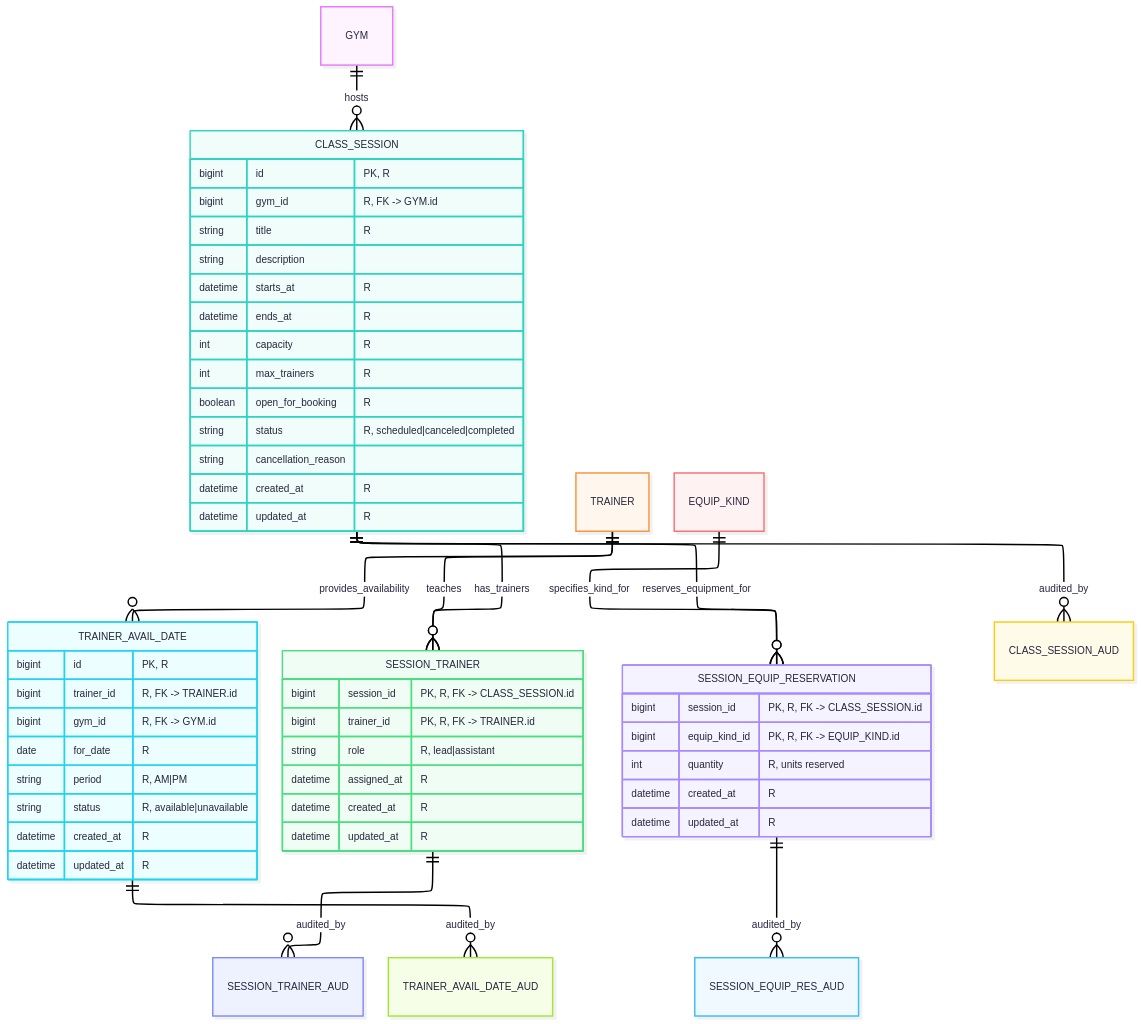
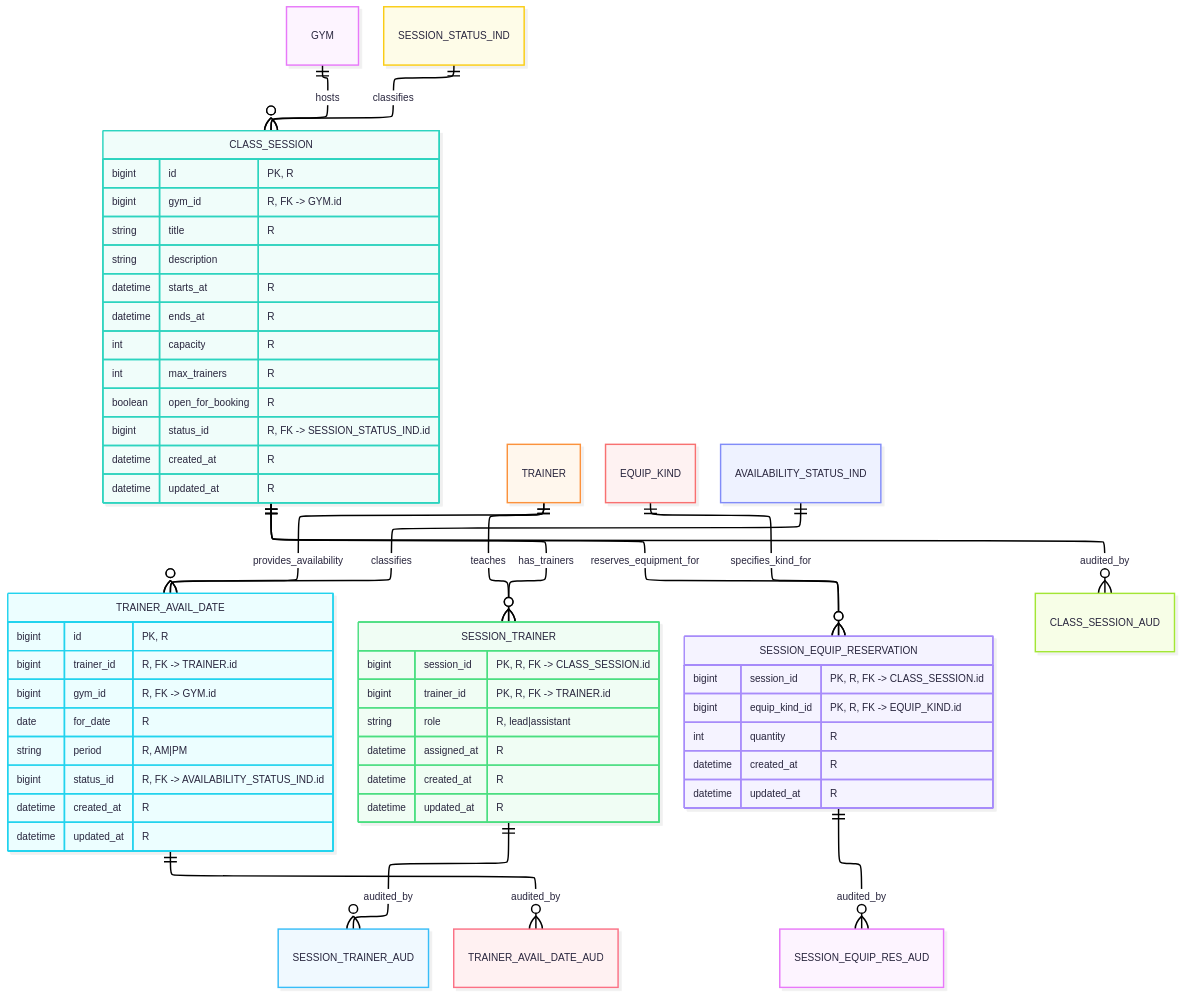
Before and after one commit to jic48-rutgers/FitDB: the fourth of 8 diagrams in docs/ERDs.md, drawn with Mermaid. The commit also changed other lines of this file, not shown here.

Commit message:
added triggers, and *_STATUS_IND tables, and indices (TODO: rework audit before/after_json in ERDs.md; outline RBAC, views, and stored procedures in TDD.md)

````diff
--- a/docs/ERDs.md
+++ b/docs/ERDs.md
@@ -351,67 +369,70 @@
 ```mermaid
 ---
 config:
   theme: redux-color
   look: neo
   layout: elk
   elk:
     mergeEdges: True
     nodePlacementStrategy: LINEAR_SEGMENTS
 ---
 erDiagram
     %% Relationships
     GYM ||--o{ CLASS_SESSION             : hosts
     TRAINER ||--o{ TRAINER_AVAIL_DATE    : provides_availability
     CLASS_SESSION ||--o{ SESSION_TRAINER : has_trainers
     TRAINER ||--o{ SESSION_TRAINER       : teaches
     CLASS_SESSION ||--o{ SESSION_EQUIP_RESERVATION : reserves_equipment_for
     EQUIP_KIND ||--o{ SESSION_EQUIP_RESERVATION    : specifies_kind_for
 
+    %% Status indicators (entity names only)
+    SESSION_STATUS_IND     ||--o{ CLASS_SESSION      : classifies
+    AVAILABILITY_STATUS_IND||--o{ TRAINER_AVAIL_DATE : classifies
+
     %% Audits
     CLASS_SESSION ||--o{ CLASS_SESSION_AUD : audited_by
     SESSION_TRAINER ||--o{ SESSION_TRAINER_AUD : audited_by
     TRAINER_AVAIL_DATE ||--o{ TRAINER_AVAIL_DATE_AUD : audited_by
     SESSION_EQUIP_RESERVATION ||--o{ SESSION_EQUIP_RES_AUD : audited_by
 
     %% Entities
     CLASS_SESSION {
         bigint id "PK, R"
         bigint gym_id "R, FK -> GYM.id"
         string title "R"
         string description ""
         datetime starts_at "R"
         datetime ends_at "R"
         int capacity "R"
         int max_trainers "R"
         boolean open_for_booking "R"
-        string status "R, scheduled|canceled|completed"
-        string cancellation_reason ""
+        bigint status_id "R, FK -> SESSION_STATUS_IND.id"
         datetime created_at "R"
         datetime updated_at "R"
     }
     TRAINER_AVAIL_DATE {
         bigint id "PK, R"
         bigint trainer_id "R, FK -> TRAINER.id"
         bigint gym_id "R, FK -> GYM.id"
         date for_date "R"
         string period "R, AM|PM"
-        string status "R, available|unavailable"
+        bigint status_id "R, FK -> AVAILABILITY_STATUS_IND.id"
         datetime created_at "R"
         datetime updated_at "R"
     }
     SESSION_TRAINER {
         bigint session_id "PK, R, FK -> CLASS_SESSION.id"
         bigint trainer_id "PK, R, FK -> TRAINER.id"
         string role "R, lead|assistant"
         datetime assigned_at "R"
         datetime created_at "R"
         datetime updated_at "R"
     }
     SESSION_EQUIP_RESERVATION {
         bigint session_id "PK, R, FK -> CLASS_SESSION.id"
         bigint equip_kind_id "PK, R, FK -> EQUIP_KIND.id"
-        int quantity "R, units reserved"
+        int quantity "R"
         datetime created_at "R"
         datetime updated_at "R"
     }
 ```
````
